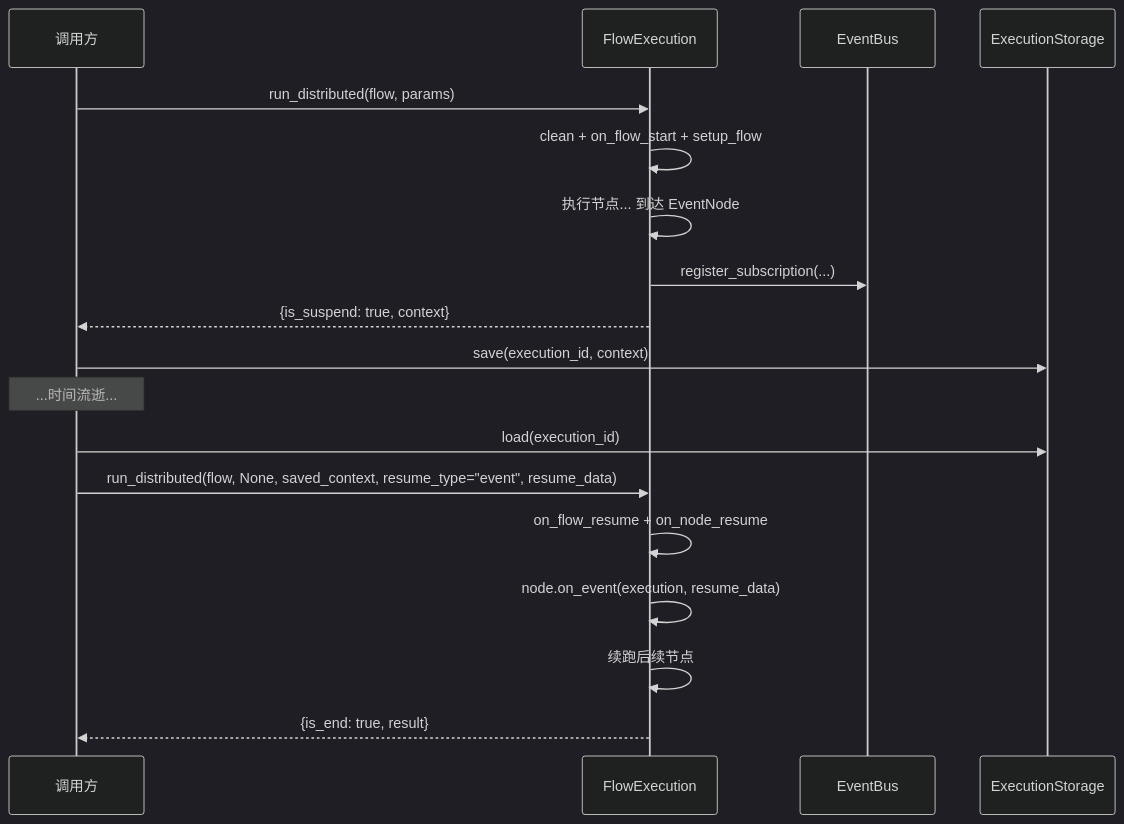
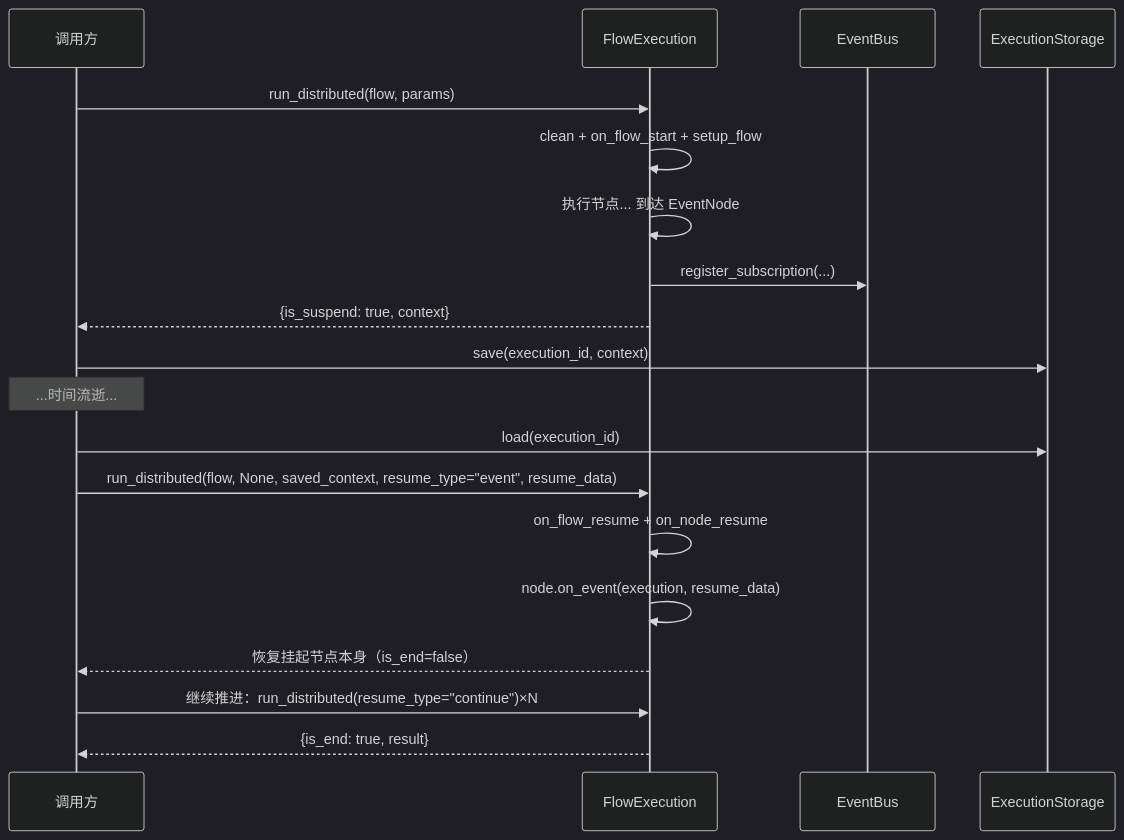
One commit to jeffkit/plaita changed the diagram in docs-site/docs/distributed/checkpoint.md. Above: the diagram before and after it, drawn with Mermaid (dark theme). The commit also changed other lines of this file and 29 other files, not shown here.

````diff
--- a/docs-site/docs/distributed/checkpoint.md
+++ b/docs-site/docs/distributed/checkpoint.md
@@ -9,21 +9,22 @@
 ```mermaid
 sequenceDiagram
     participant Caller as 调用方
     participant FE as FlowExecution
     participant Bus as EventBus
     participant Store as ExecutionStorage
 
     Caller->>FE: run_distributed(flow, params)
     FE->>FE: clean + on_flow_start + setup_flow
     FE->>FE: 执行节点... 到达 EventNode
     FE->>Bus: register_subscription(...)
     FE-->>Caller: {is_suspend: true, context}
     Caller->>Store: save(execution_id, context)
     Note over Caller: ...时间流逝...
     Caller->>Store: load(execution_id)
     Caller->>FE: run_distributed(flow, None, saved_context, resume_type="event", resume_data)
     FE->>FE: on_flow_resume + on_node_resume
     FE->>FE: node.on_event(execution, resume_data)
-    FE->>FE: 续跑后续节点
+    FE-->>Caller: 恢复挂起节点本身（is_end=false）
+    Caller->>FE: 继续推进：run_distributed(resume_type="continue")×N
     FE-->>Caller: {is_end: true, result}
 ```
````
